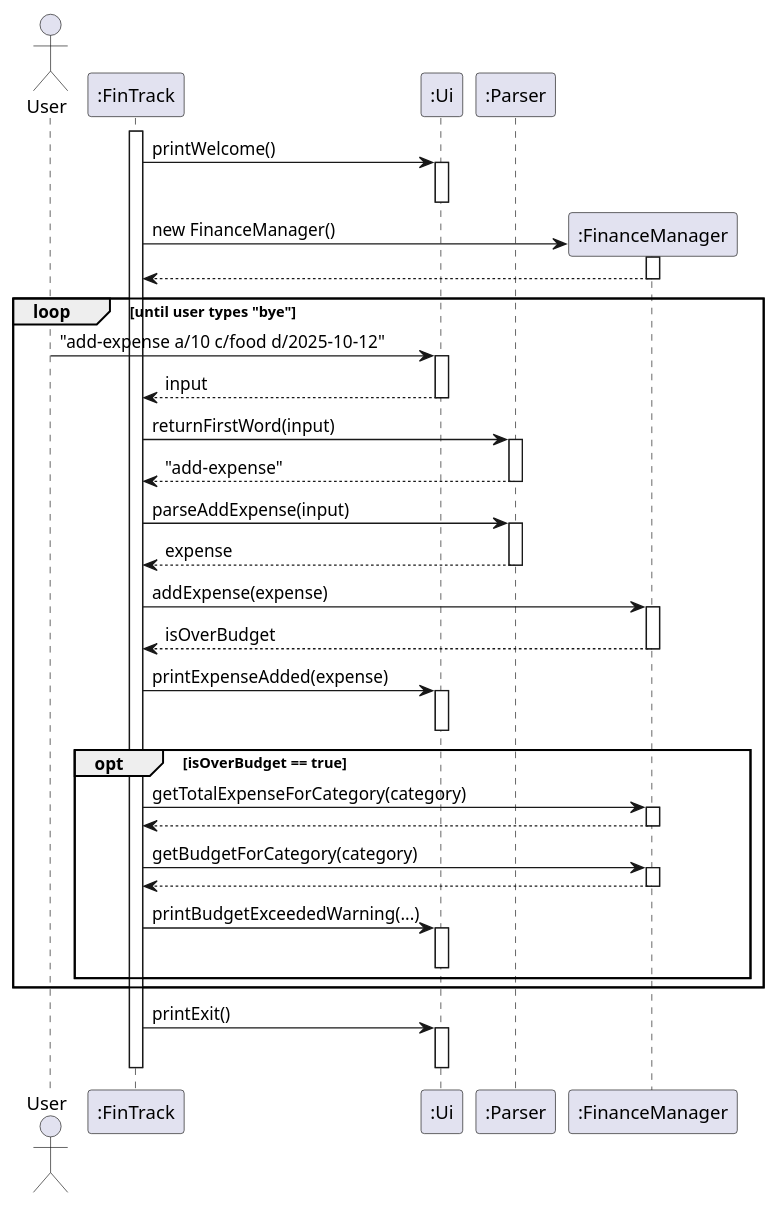
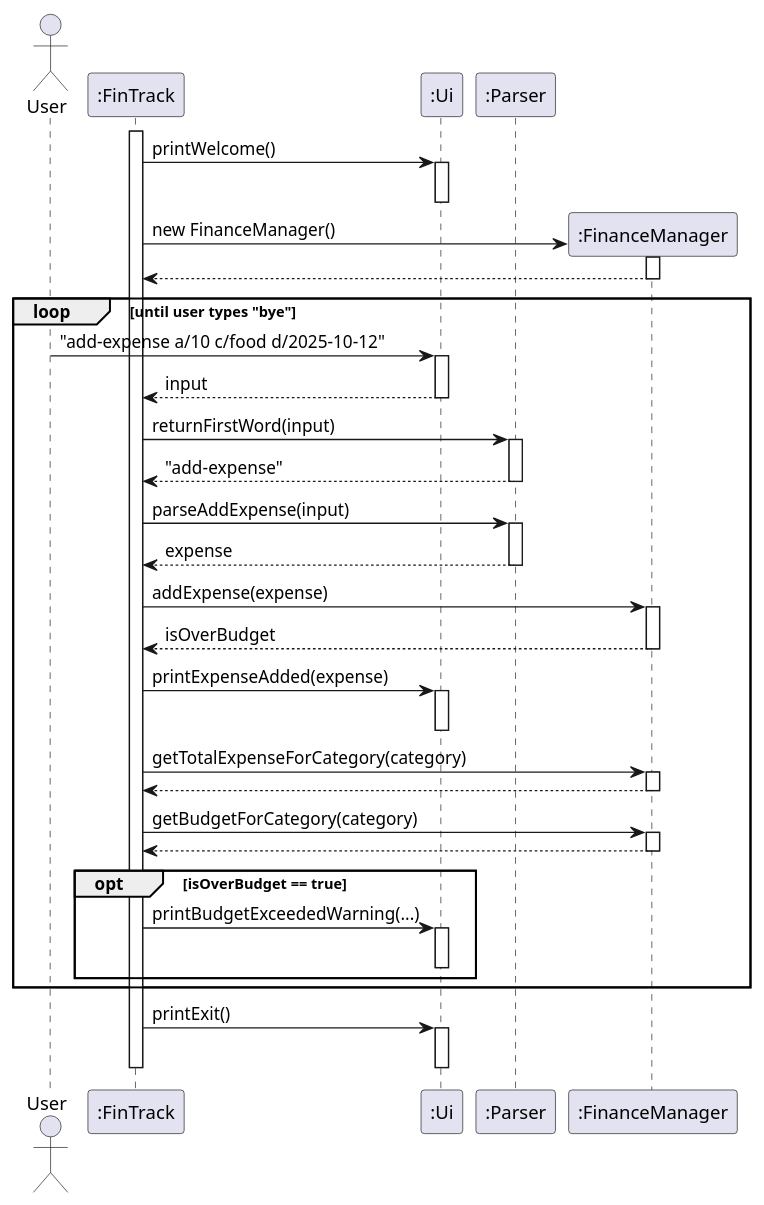
One commit to AY2526S1-CS2113-W12-4/tp changed the diagram in docs/diagrams/add_expense.puml. Above: the diagram before and after it, drawn with PlantUML. The commit also changed 1 other file, not shown here.

Commit message:
Edit add-expense sequence diagram for FinTrack section

```diff
--- a/docs/diagrams/add_expense.puml
+++ b/docs/diagrams/add_expense.puml
@@ -1,66 +1,67 @@
 @startuml
 actor User
 participant ":FinTrack" as FT
 participant ":Ui" as UI
 participant ":Parser" as P
 participant ":FinanceManager" as FM
 
 activate FT
 FT -> UI: printWelcome()
 activate UI
 deactivate UI
 
 create FM
 FT -> FM: new FinanceManager()
 activate FM
 FM --> FT
 deactivate FM
 
 loop until user types "bye"
     User -> UI: "add-expense a/10 c/food d/2025-10-12"
     activate UI
     UI --> FT: input
     deactivate UI
 
     FT -> P: returnFirstWord(input)
     activate P
     P --> FT: "add-expense"
     deactivate P
 
     FT -> P: parseAddExpense(input)
     activate P
     P --> FT: expense
     deactivate P
 
     FT -> FM: addExpense(expense)
     activate FM
     FM --> FT: isOverBudget
     deactivate FM
 
     FT -> UI: printExpenseAdded(expense)
     activate UI
     deactivate UI
 
-    opt isOverBudget == true
         FT -> FM: getTotalExpenseForCategory(category)
         activate FM
         FM --> FT
         deactivate FM
 
         FT -> FM: getBudgetForCategory(category)
         activate FM
         FM --> FT
         deactivate FM
+
+    opt isOverBudget == true
 
         FT -> UI: printBudgetExceededWarning(...)
         activate UI
         deactivate UI
     end
 end
 
 FT -> UI: printExit()
 activate UI
 deactivate UI
 
 deactivate FT
 @enduml
```
